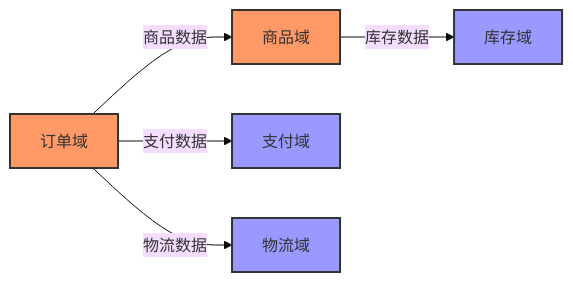
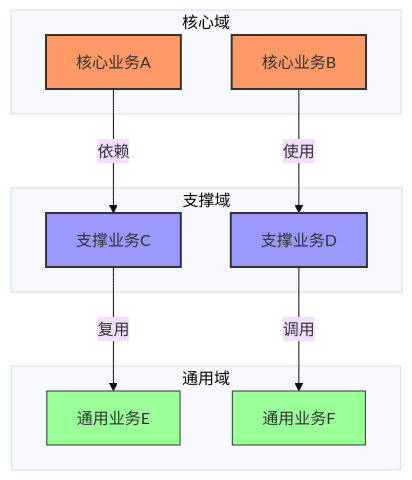
Before and after one commit to jamesdx/dove: the diagram in doc/02 template/00 design/dove-ddd-design-domain-division.md, drawn with Mermaid (base theme). The commit also changed other lines of this file and 5 other files, not shown here.

````diff
--- a/doc/02 template/00 design/dove-ddd-design-domain-division.md
+++ b/doc/02 template/00 design/dove-ddd-design-domain-division.md
@@ -254,13 +51,33 @@
 ```mermaid
-graph LR
-    A[订单域] -->|商品数据| B[商品域]
-    A -->|支付数据| C[支付域]
-    A -->|物流数据| D[物流域]
-    B -->|库存数据| E[库存域]
+graph TB
+    subgraph "核心域"
+        A[核心业务A]
+        B[核心业务B]
+    end
     
+    subgraph "支撑域"
+        C[支撑业务C]
+        D[支撑业务D]
+    end
+    
+    subgraph "通用域"
+        E[通用业务E]
+        F[通用业务F]
+    end
+    
+    %% 定义业务流关系
+    A -->|依赖| C
+    B -->|使用| D
+    C -->|复用| E
+    D -->|调用| F
+    
+    %% 样式定义
     classDef core fill:#f96,stroke:#333,stroke-width:2px;
-    classDef support fill:#99f,stroke:#333,stroke-width:2px;
+    classDef supporting fill:#99f,stroke:#333,stroke-width:2px;
+    classDef generic fill:#9f9,stroke:#333,stroke-width:1px;
     
+    %% 应用样式
     class A,B core;
-    class C,D,E support;
+    class C,D supporting;
+    class E,F generic;
 ```
````
